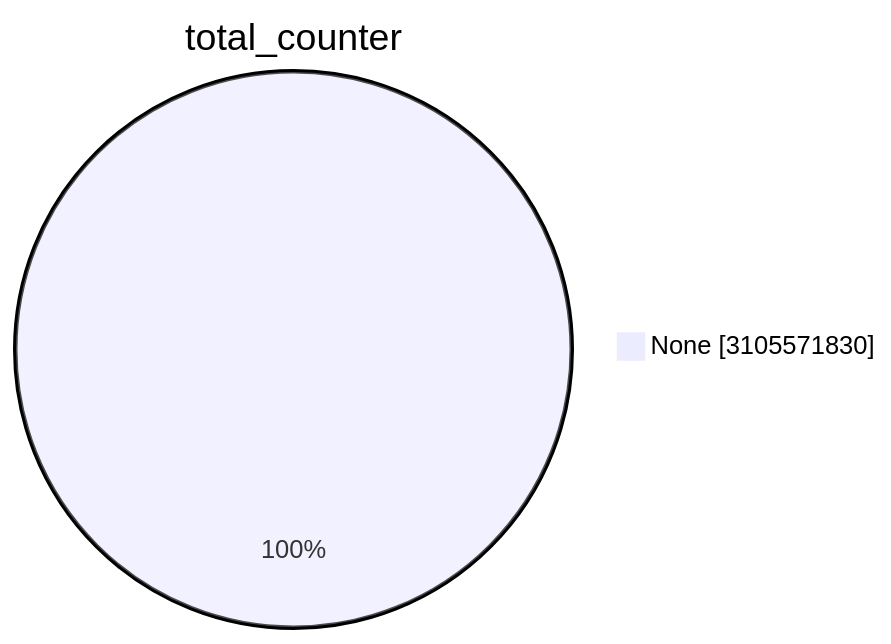
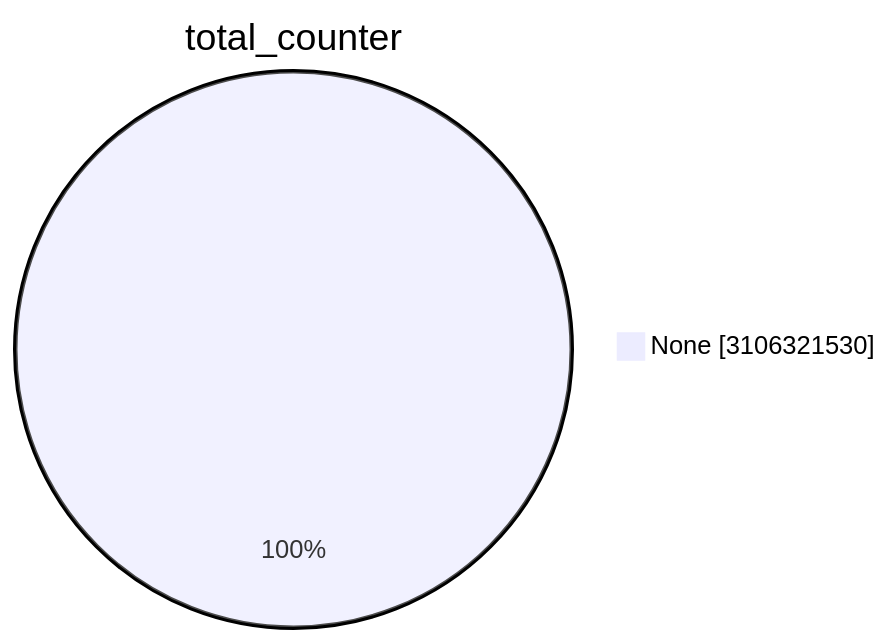
The first of 15 diagrams in TOTAL/README.md (christiankrug/ctmonitor_visualization), drawn with Mermaid before and after one commit. The commit also changed other lines of this file, not shown here.

````diff
--- a/TOTAL/README.md
+++ b/TOTAL/README.md
@@ -1,5 +1,5 @@
 ```mermaid
 pie showData
 title total_counter
-"None" :3105571830
+"None" :3106321530
 ```
````
